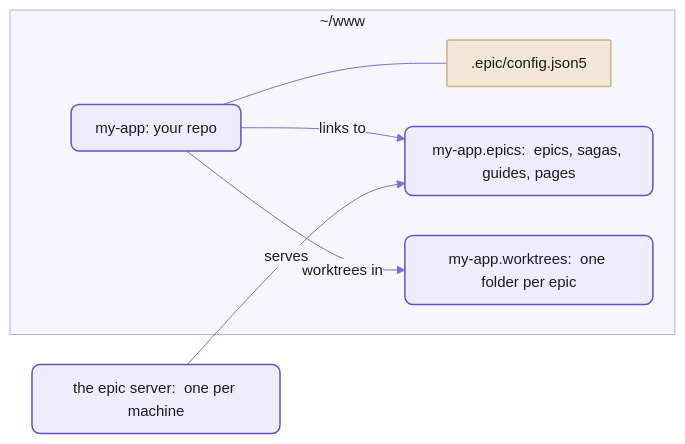
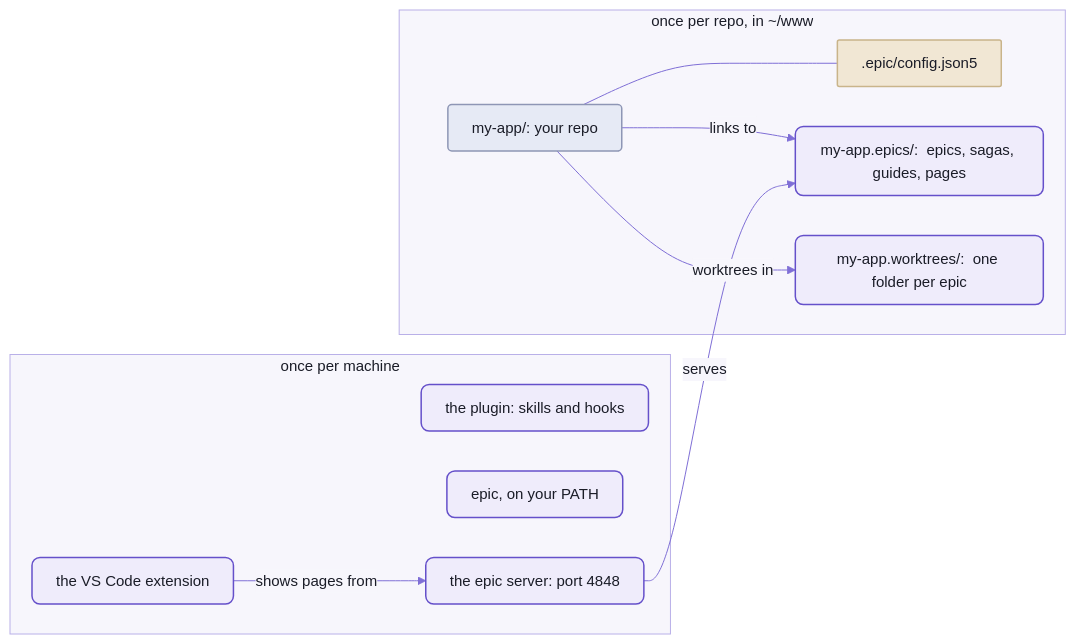
One commit to spell-app/spell changed the diagram in epic/README-adopting.md. Above: the diagram before and after it, drawn with Mermaid. The commit also changed other lines of this file and 14 other files, not shown here.

Commit message:
readme P11:  Voice Rewrite -- spell-epic's six pages in the chosen voice;  screenshots retaken without the internal repo

````diff
--- a/epic/README-adopting.md
+++ b/epic/README-adopting.md
@@ -13,18 +47,27 @@
 ```mermaid
 %%{init: {"theme":"base","themeVariables":{"fontFamily":"-apple-system, BlinkMacSystemFont, Segoe UI, Helvetica, Arial, sans-serif","fontSize":"15px","primaryColor":"#EFECFB","primaryBorderColor":"#6550CA","primaryTextColor":"#1A1C27","secondaryColor":"#F4F1E9","tertiaryColor":"#F7F6FC","lineColor":"#7F6FD6","textColor":"#7F6FD6","clusterBkg":"#F7F6FC","clusterBorder":"#B9B0E8","titleColor":"#1A1C27","edgeLabelBackground":"#F7F6FC","actorBkg":"#EFECFB","actorBorder":"#6550CA","actorTextColor":"#1A1C27","actorLineColor":"#9C90DE","signalColor":"#7F6FD6","signalTextColor":"#7F6FD6","labelBoxBkgColor":"#EFECFB","labelBoxBorderColor":"#6550CA","labelTextColor":"#1A1C27","loopTextColor":"#7F6FD6","noteBkgColor":"#F1E7D4","noteBorderColor":"#C9B48A","noteTextColor":"#1A1C27","activationBkgColor":"#DCD6F7","activationBorderColor":"#6550CA","sequenceNumberColor":"#FFFFFF"},"flowchart":{"curve":"basis","padding":12,"nodeSpacing":40,"rankSpacing":44}}}%%
 flowchart LR
-  subgraph www["~/www"]
-    repo["my-app:  your repo"]
+  subgraph machine["once per machine"]
+    plugin["the plugin:  skills and hooks"]
+    cmd["epic, on your PATH"]
+    hub["the epic server:  port 4848"]
+    ext["the VS Code extension"]
+  end
+  subgraph www["once per repo, in ~/www"]
+    repo["my-app/:  your repo"]
     config[".epic/config.json5"]
-    content["my-app.epics:  epics, sagas, guides, pages"]
-    trees["my-app.worktrees:  one folder per epic"]
+    content["my-app.epics/:  epics, sagas, guides, pages"]
+    trees["my-app.worktrees/:  one folder per epic"]
   end
   repo --- config
   repo -- "links to" --> content
   repo -- "worktrees in" --> trees
-  hub["the epic server:  one per machine"] -- serves --> content
+  hub -- serves --> content
+  ext -- "shows pages from" --> hub
   %% the Spell look:  yarn mermaid:pretty
   classDef default fill:#EFECFB,stroke:#6550CA,stroke-width:1.5px,color:#1A1C27,rx:8px,ry:8px
+  classDef folder fill:#E6EAF5,stroke:#8E96B5,stroke-width:1.5px,color:#1A1C27,rx:4px,ry:4px
   classDef data fill:#F1E7D4,stroke:#C9B48A,stroke-width:1.5px,color:#1A1C27,rx:2px,ry:2px
+  class repo folder
   class config data
 ```
````
